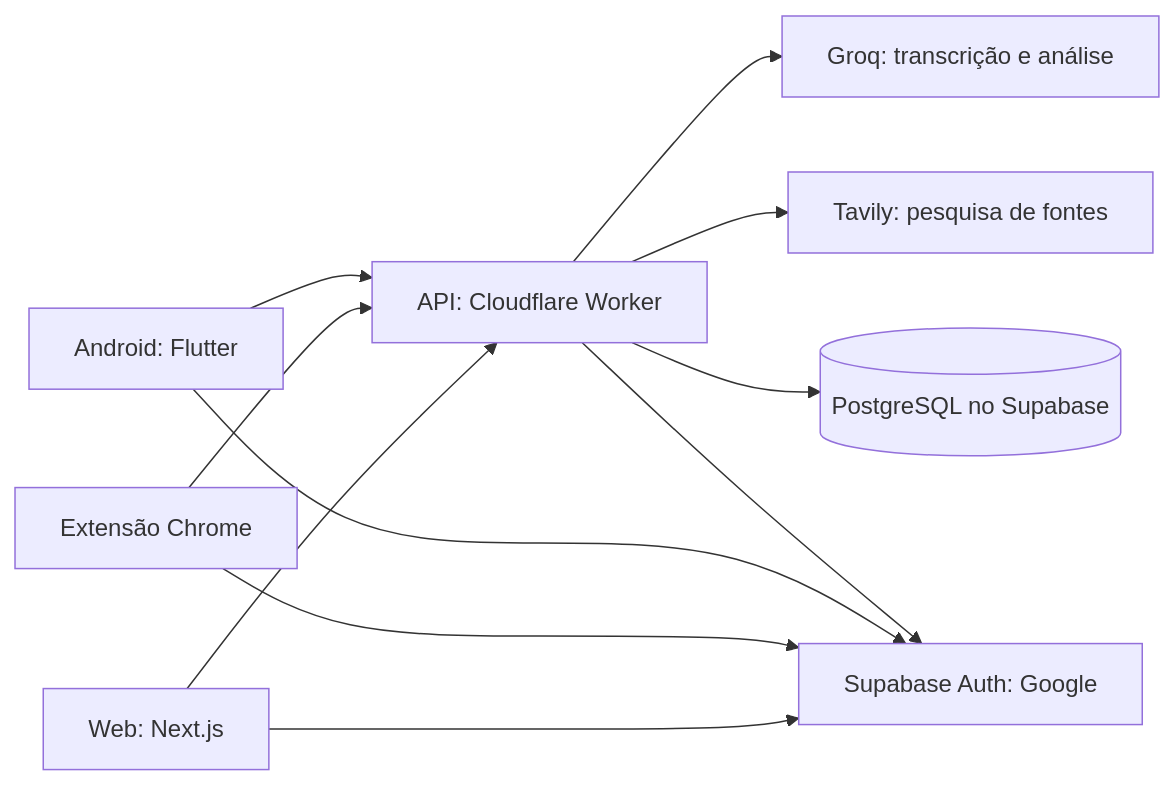
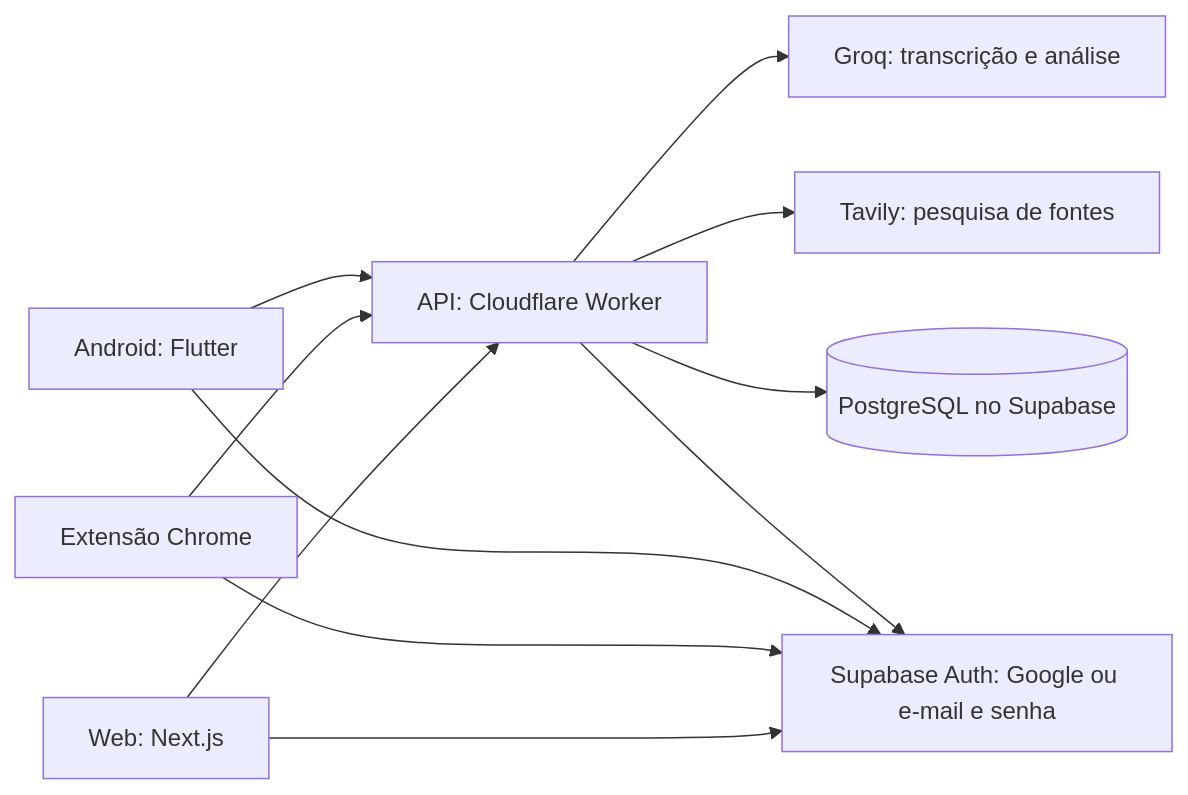
One commit to Muski360/AutenticAI changed the diagram in docs/ARQUITETURA.md. Above: the diagram before and after it, drawn with Mermaid. The commit also changed other lines of this file and 45 other files, not shown here.

````diff
--- a/docs/ARQUITETURA.md
+++ b/docs/ARQUITETURA.md
@@ -9,13 +18,13 @@
 ```mermaid
 flowchart LR
     W[Web: Next.js] --> API[API: Cloudflare Worker]
     C[Extensão Chrome] --> API
     A[Android: Flutter] --> API
     API --> G[Groq: transcrição e análise]
     API --> T[Tavily: pesquisa de fontes]
     API --> DB[(PostgreSQL no Supabase)]
-    W --> AUTH[Supabase Auth: Google]
+    W --> AUTH[Supabase Auth: Google ou e-mail e senha]
     C --> AUTH
     A --> AUTH
     API --> AUTH
 ```
````
